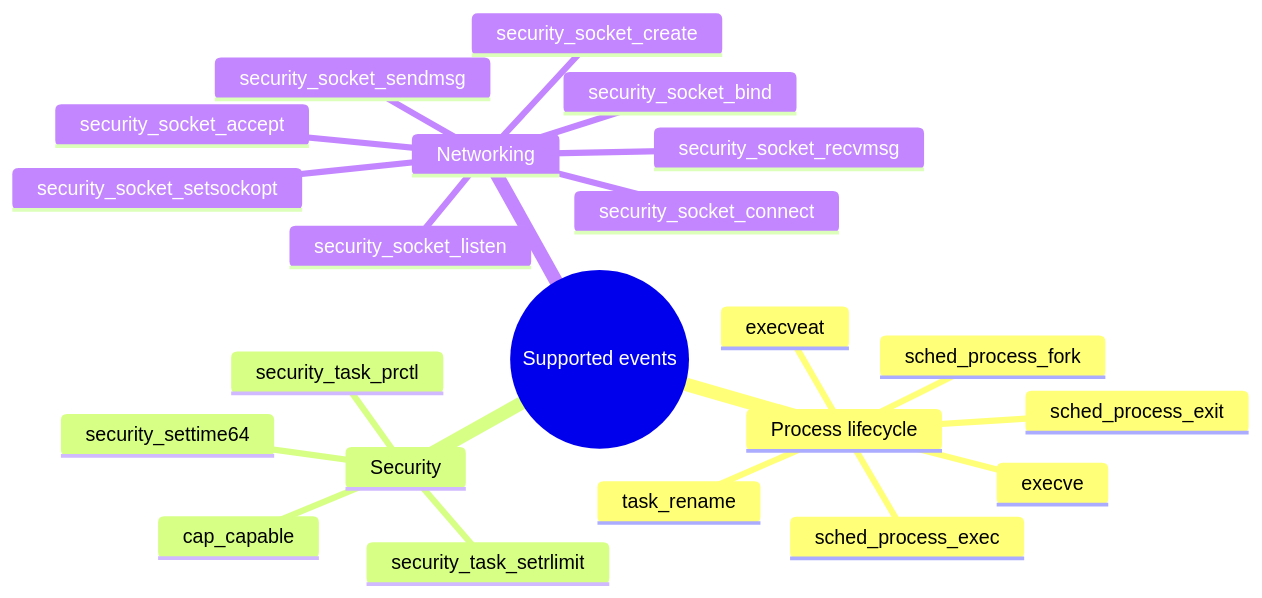
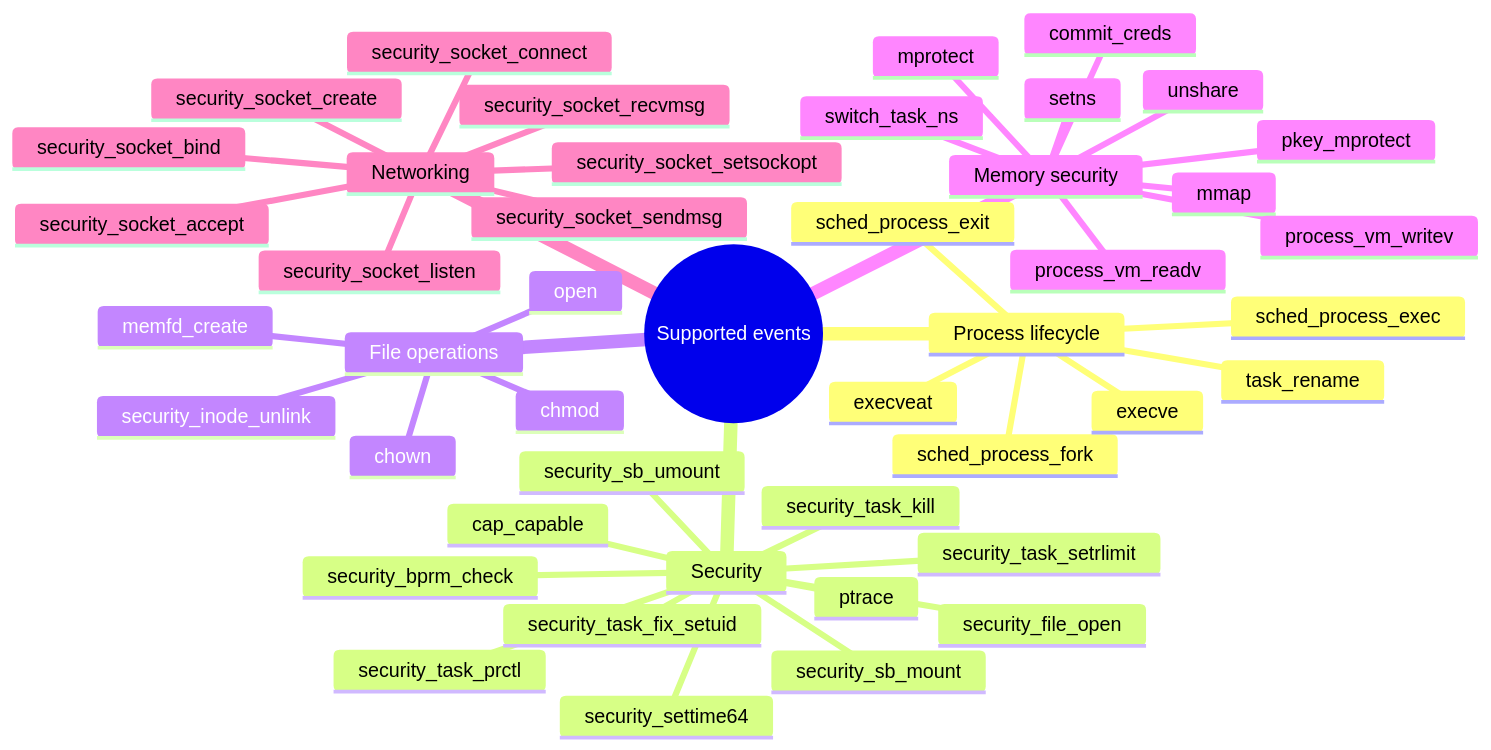
Before and after one commit to sroman0/Thesis_documentation: the second of 3 diagrams in demo/first_demo.md, drawn with Mermaid. The commit also changed other lines of this file and 22 other files, not shown here.

````diff
--- a/demo/first_demo.md
+++ b/demo/first_demo.md
@@ -49,25 +49,48 @@
 ```mermaid
 mindmap
   root((Supported events))
     Process lifecycle
       sched_process_fork
       sched_process_exec
       execve
       execveat
       sched_process_exit
       task_rename
     Security
       cap_capable
+      security_bprm_check
+      security_file_open
       security_task_setrlimit
       security_settime64
       security_task_prctl
+      security_task_fix_setuid
+      security_task_kill
+      security_sb_mount
+      security_sb_umount
+      ptrace
+    File operations
+      open
+      chmod
+      chown
+      memfd_create
+      security_inode_unlink
+    Memory security
+      mmap
+      mprotect
+      pkey_mprotect
+      process_vm_readv
+      process_vm_writev
+      setns
+      unshare
+      switch_task_ns
+      commit_creds
     Networking
       security_socket_create
       security_socket_listen
       security_socket_connect
       security_socket_accept
       security_socket_bind
       security_socket_setsockopt
       security_socket_recvmsg
       security_socket_sendmsg
 ```
````
